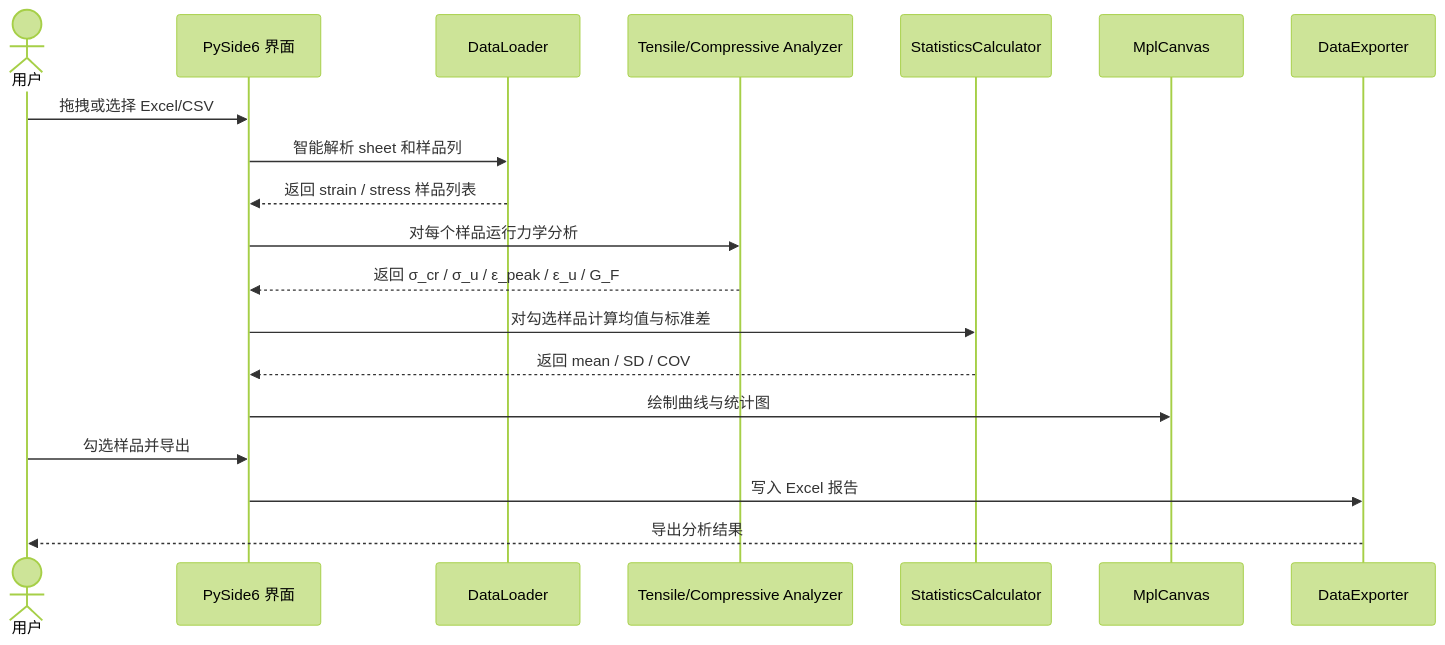
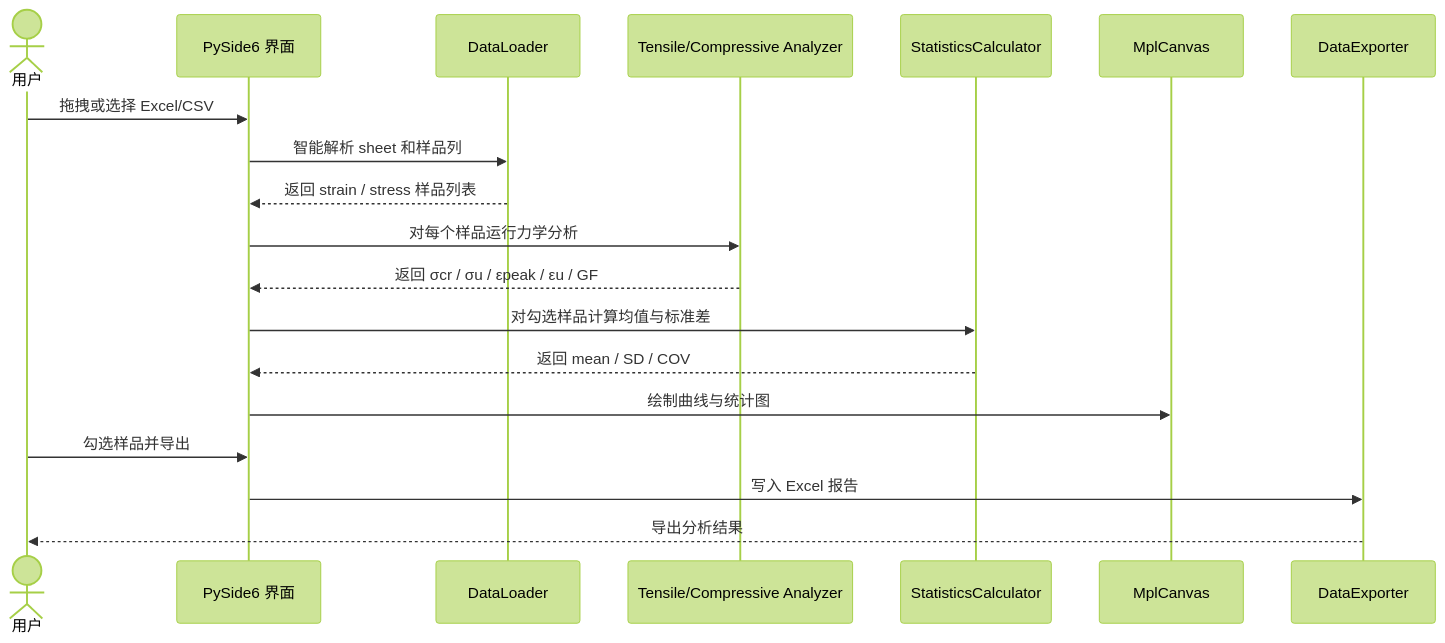
Before and after one commit to liqinglq666/ECC_Analyzer_Pro: the third of 4 diagrams in README.md, drawn with Mermaid (forest theme). The commit also changed other lines of this file, not shown here.

````diff
--- a/README.md
+++ b/README.md
@@ -561,22 +574,22 @@
 ```mermaid
 sequenceDiagram
     actor User as 用户
     participant UI as PySide6 界面
     participant Loader as DataLoader
     participant Analyzer as Tensile/Compressive Analyzer
     participant Stats as StatisticsCalculator
     participant Plot as MplCanvas
     participant Exporter as DataExporter
 
     User->>UI: 拖拽或选择 Excel/CSV
     UI->>Loader: 智能解析 sheet 和样品列
     Loader-->>UI: 返回 strain / stress 样品列表
     UI->>Analyzer: 对每个样品运行力学分析
-    Analyzer-->>UI: 返回 σ_cr / σ_u / ε_peak / ε_u / G_F
+    Analyzer-->>UI: 返回 σcr / σu / εpeak / εu / GF
     UI->>Stats: 对勾选样品计算均值与标准差
     Stats-->>UI: 返回 mean / SD / COV
     UI->>Plot: 绘制曲线与统计图
     User->>UI: 勾选样品并导出
     UI->>Exporter: 写入 Excel 报告
     Exporter-->>User: 导出分析结果
 ```
````
